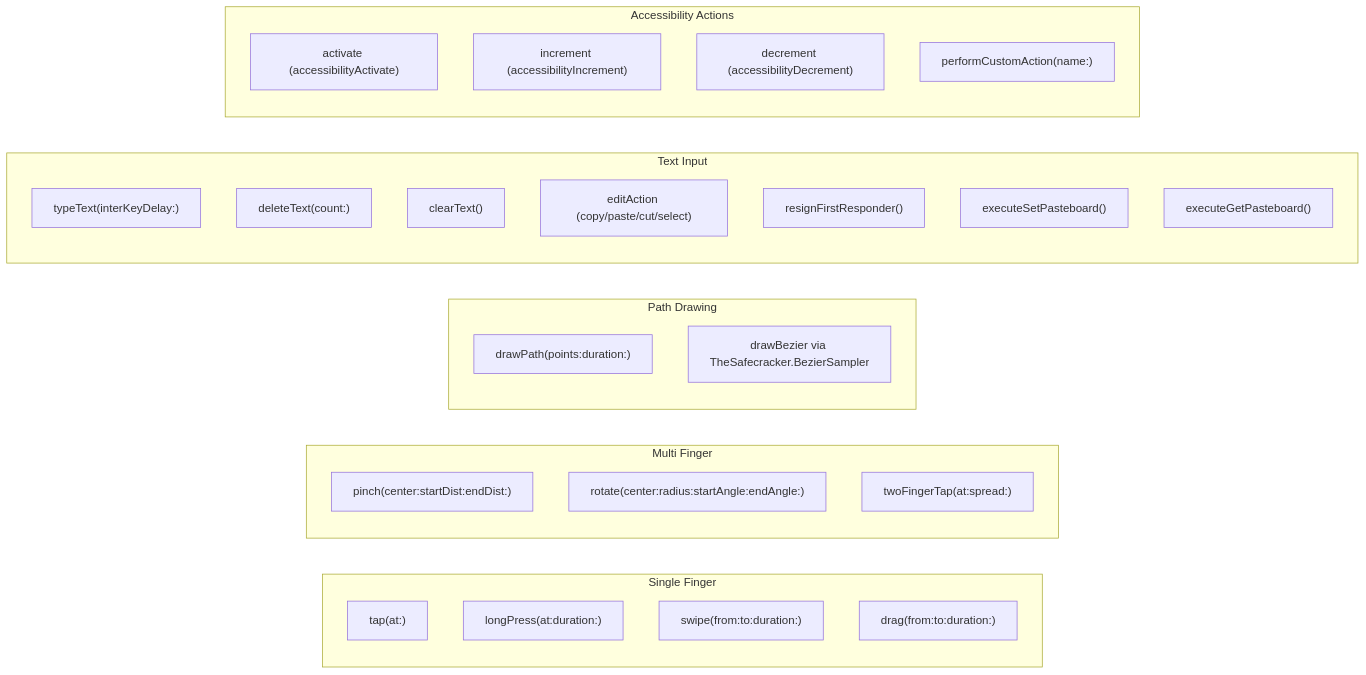
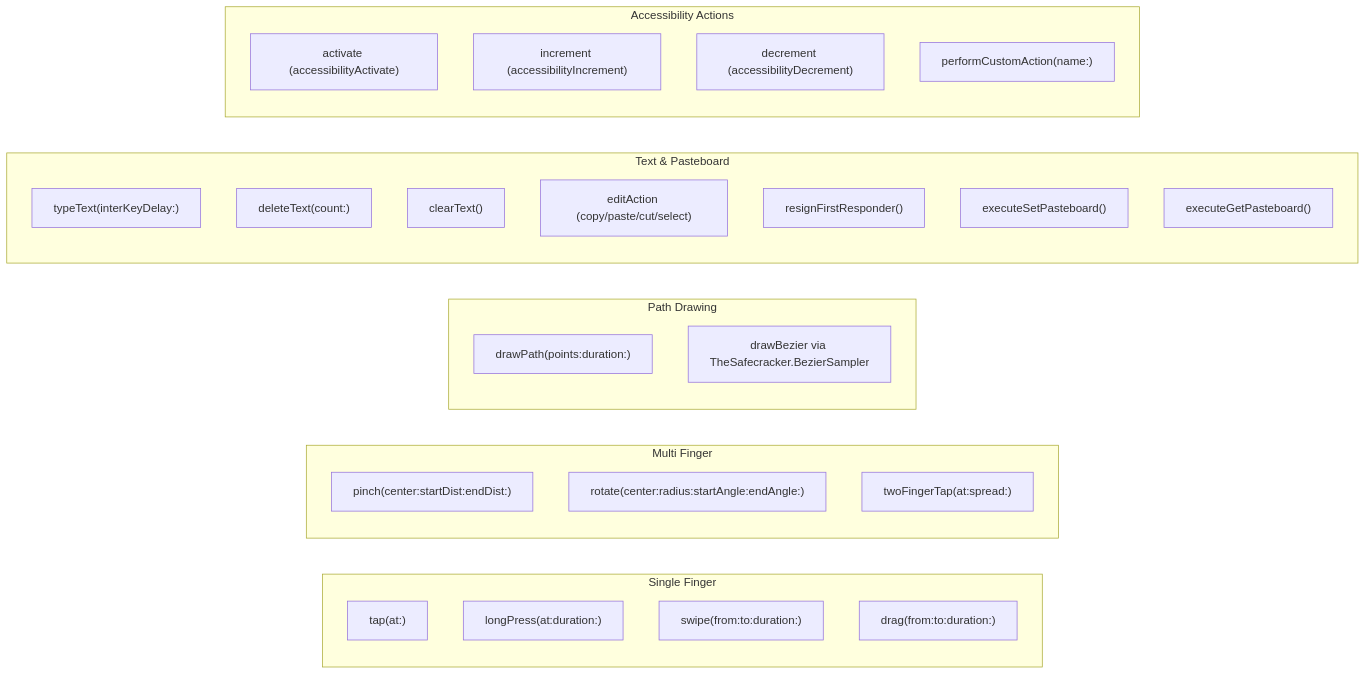
One commit to RoyalPineapple/TheButtonHeist changed the third of 5 diagrams in docs/dossiers/04-THESAFECRACKER.md. Above: the diagram before and after it, drawn with Mermaid. The commit also changed other lines of this file and 5 other files, not shown here.

````diff
--- a/docs/dossiers/04-THESAFECRACKER.md
+++ b/docs/dossiers/04-THESAFECRACKER.md
@@ -86,37 +86,37 @@
 ```mermaid
 graph LR
     subgraph SingleFinger["Single Finger"]
         Tap["tap(at:)"]
         LongPress["longPress(at:duration:)"]
         Swipe["swipe(from:to:duration:)"]
         Drag["drag(from:to:duration:)"]
     end
 
     subgraph MultiFinger["Multi Finger"]
         Pinch["pinch(center:startDist:endDist:)"]
         Rotate["rotate(center:radius:startAngle:endAngle:)"]
         TwoTap["twoFingerTap(at:spread:)"]
     end
 
     subgraph Path["Path Drawing"]
         DrawPath["drawPath(points:duration:)"]
         DrawBezier["drawBezier via TheSafecracker.BezierSampler"]
     end
 
-    subgraph Text["Text Input"]
+    subgraph Text["Text & Pasteboard"]
         Type["typeText(interKeyDelay:)"]
         Delete["deleteText(count:)"]
         Clear["clearText()"]
         Edit["editAction (copy/paste/cut/select)"]
         Dismiss["resignFirstResponder()"]
         SetPB["executeSetPasteboard()"]
         GetPB["executeGetPasteboard()"]
     end
 
     subgraph AccessActions["Accessibility Actions"]
         Activate["activate (accessibilityActivate)"]
         Increment["increment (accessibilityIncrement)"]
         Decrement["decrement (accessibilityDecrement)"]
         Custom["performCustomAction(name:)"]
     end
 ```
````
